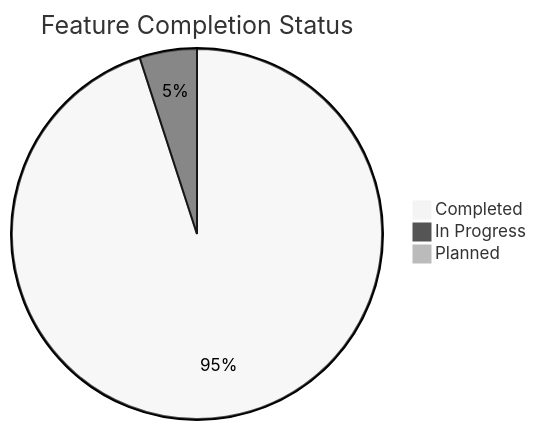
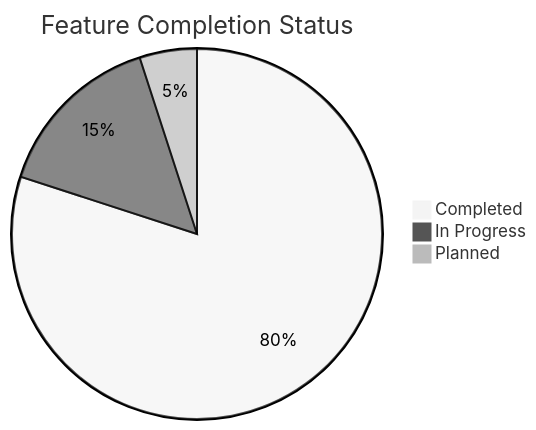
Before and after one commit to mrj0nesmtl/cloud-burst: the second of 2 diagrams in docs/planning/roadmap.md, drawn with Mermaid (neutral theme). The commit also changed other lines of this file and 16 other files, not shown here.

````diff
--- a/docs/planning/roadmap.md
+++ b/docs/planning/roadmap.md
@@ -342,6 +335,6 @@
 ```mermaid
 pie title Feature Completion Status
-    "Completed" : 95
-    "In Progress" : 5
-    "Planned" : 0
+    "Completed" : 80
+    "In Progress" : 15
+    "Planned" : 5
 ```
````
